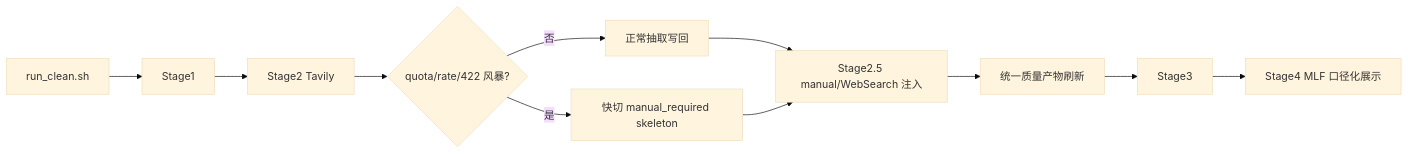
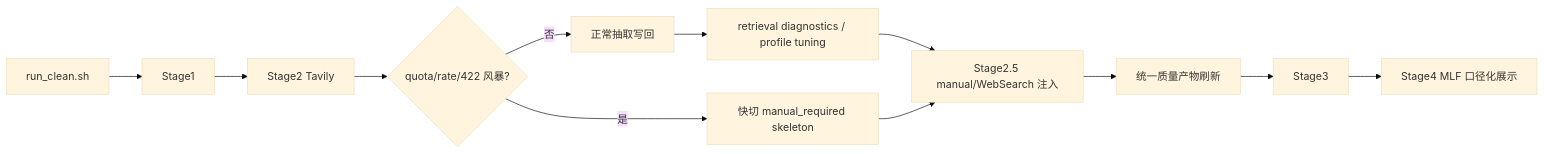
The diagram in docs/superpowers/specs/2026-04-28-daily-pipeline-hardening-design.md (avalanchexi/datasource), drawn with Mermaid (base theme) before and after one commit. The commit also changed other lines of this file, not shown here.

Commit message:
docs: add stage2 retrieval tuning design

````diff
--- a/docs/superpowers/specs/2026-04-28-daily-pipeline-hardening-design.md
+++ b/docs/superpowers/specs/2026-04-28-daily-pipeline-hardening-design.md
@@ -121,13 +158,14 @@
 ```mermaid
 flowchart LR
     A["run_clean.sh"] --> B["Stage1"]
     B --> C["Stage2 Tavily"]
     C --> D{"quota/rate/422 风暴?"}
     D -- "否" --> E["正常抽取写回"]
     D -- "是" --> F["快切 manual_required skeleton"]
-    E --> G["Stage2.5 manual/WebSearch 注入"]
+    E --> K["retrieval diagnostics / profile tuning"]
+    K --> G["Stage2.5 manual/WebSearch 注入"]
     F --> G
     G --> H["统一质量产物刷新"]
     H --> I["Stage3"]
     I --> J["Stage4 MLF 口径化展示"]
 ```
````
